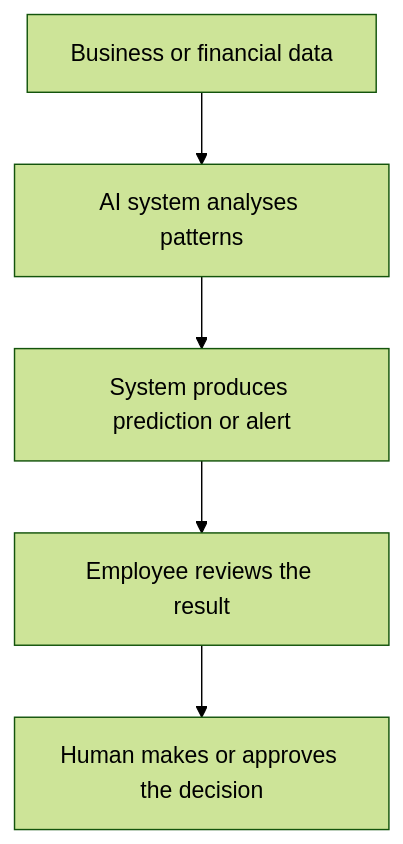
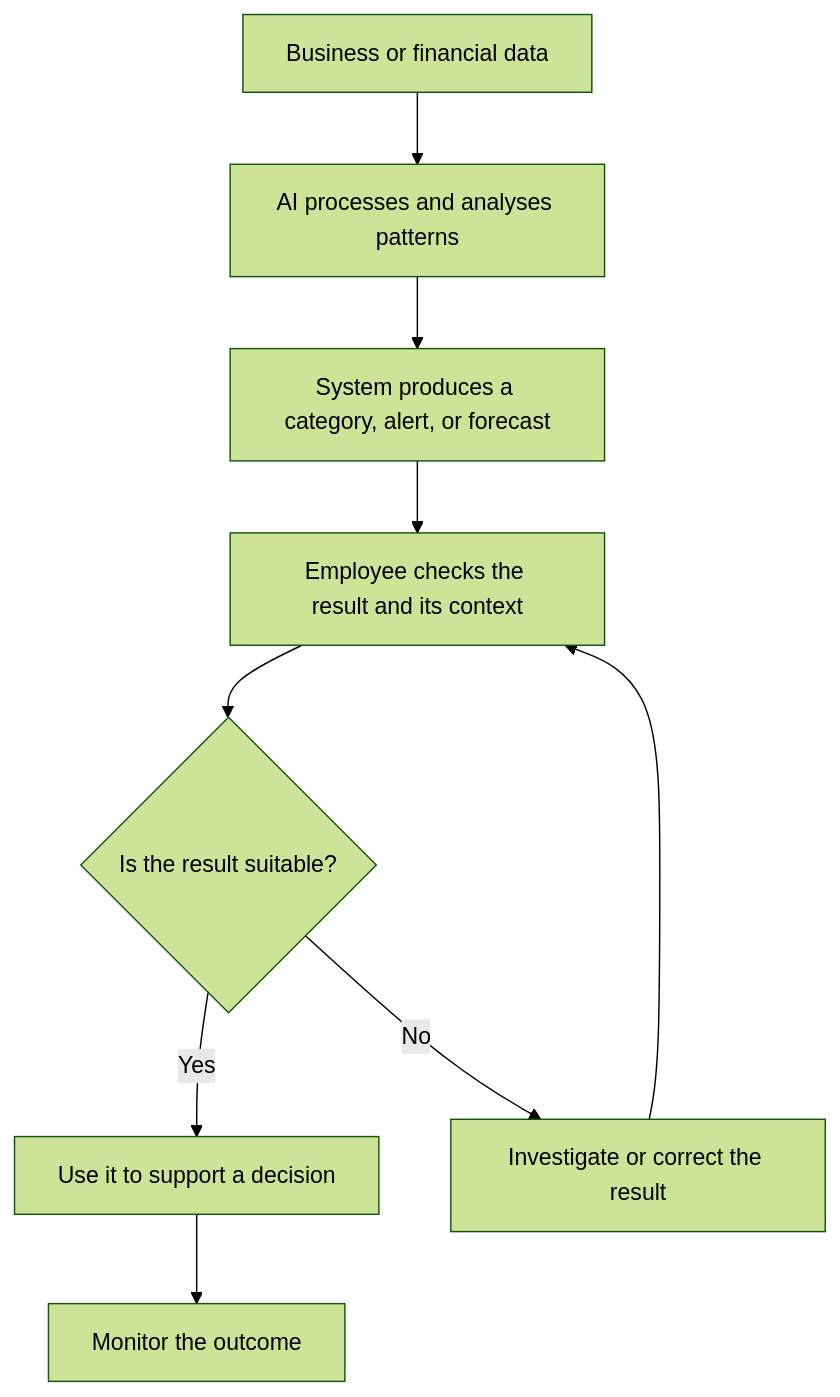
One commit to NicolausLionel/SLN changed the second of 6 diagrams in content/03_applications-of-ai.md. Above: the diagram before and after it, drawn with Mermaid (forest theme). The commit also changed other lines of this file, not shown here.

````diff
--- a/content/03_applications-of-ai.md
+++ b/content/03_applications-of-ai.md
@@ -81,7 +186,11 @@
 ```mermaid
 flowchart TD
- A[Business or financial data] --> B[AI system analyses patterns]
- B --> C[System produces prediction or alert]
- C --> D[Employee reviews the result]
- D --> E[Human makes or approves the decision]
+ A[Business or financial data] --> B[AI processes and analyses patterns]
+ B --> C[System produces a category, alert, or forecast]
+ C --> D[Employee checks the result and its context]
+ D --> E{Is the result suitable?}
+ E -->|Yes| F[Use it to support a decision]
+ E -->|No| G[Investigate or correct the result]
+ G --> D
+ F --> H[Monitor the outcome]
 ```
````
